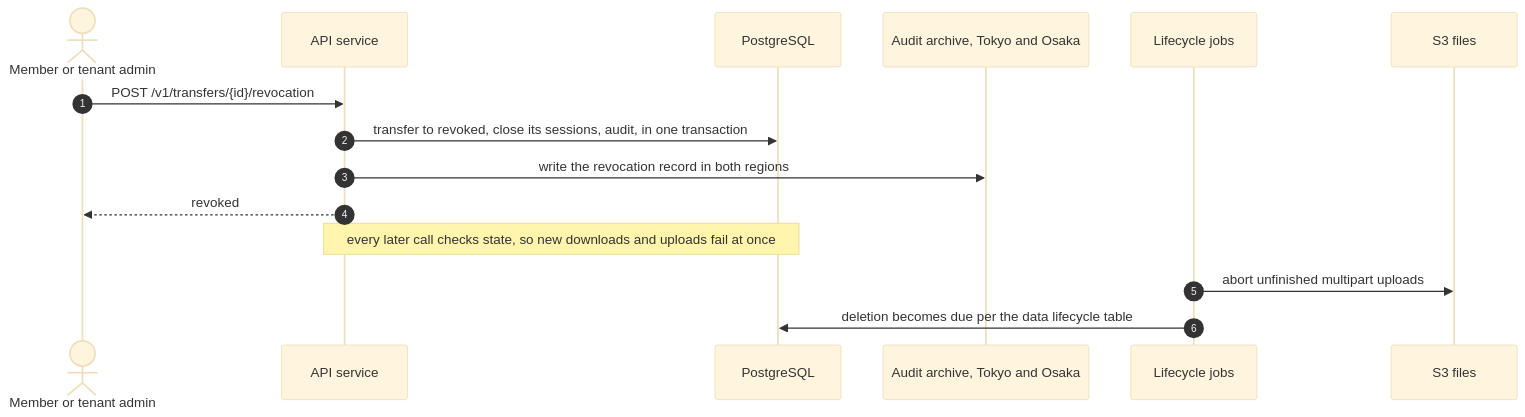
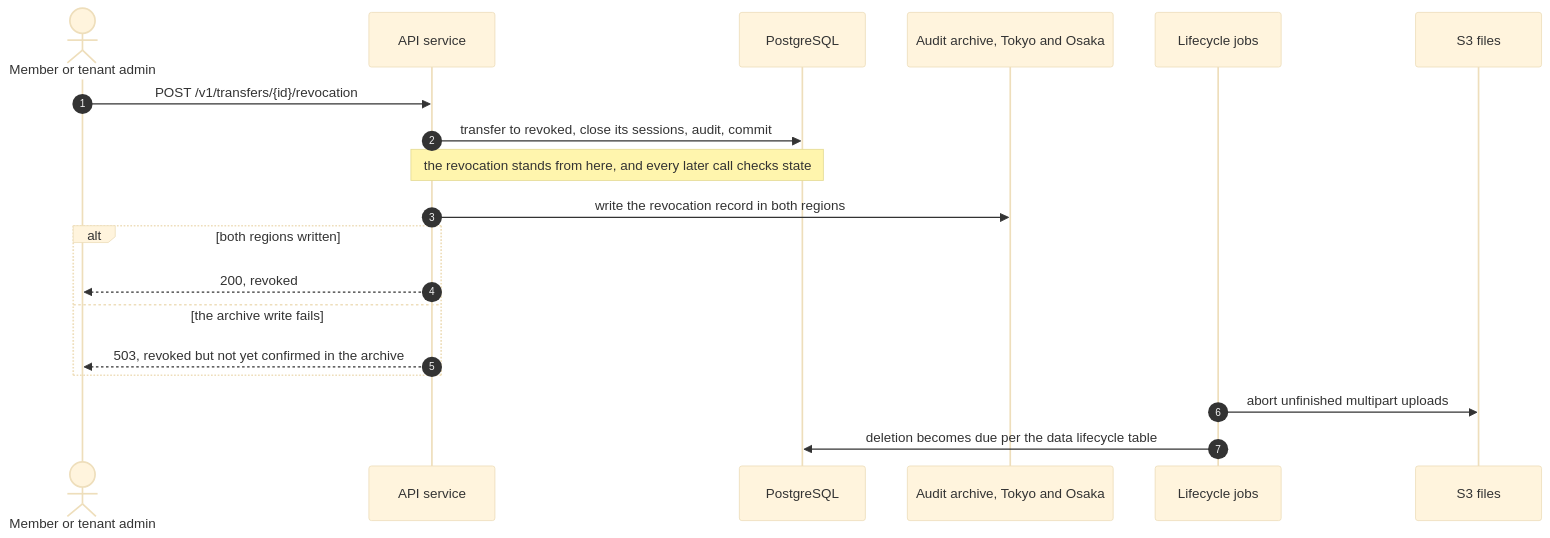
Before and after one commit to codewithmuh/secure-file-transfer: the seventh of 8 diagrams in docs/architecture.md, drawn with Mermaid (base theme). The commit also changed other lines of this file and 10 other files, not shown here.

````diff
--- a/docs/architecture.md
+++ b/docs/architecture.md
@@ -312,17 +449,21 @@
 ```mermaid
 sequenceDiagram
     autonumber
     actor A as Member or tenant admin
     participant API as API service
     participant DB as PostgreSQL
     participant AR as Audit archive, Tokyo and Osaka
     participant J as Lifecycle jobs
     participant S3 as S3 files
     A->>API: POST /v1/transfers/{id}/revocation
-    API->>DB: transfer to revoked, close its sessions, audit, in one transaction
+    API->>DB: transfer to revoked, close its sessions, audit, commit
+    Note over API,DB: the revocation stands from here, and every later call checks state
     API->>AR: write the revocation record in both regions
-    API-->>A: revoked
-    Note over API,DB: every later call checks state, so new downloads and uploads fail at once
+    alt both regions written
+        API-->>A: 200, revoked
+    else the archive write fails
+        API-->>A: 503, revoked but not yet confirmed in the archive
+    end
     J->>S3: abort unfinished multipart uploads
     J->>DB: deletion becomes due per the data lifecycle table
 ```
````
